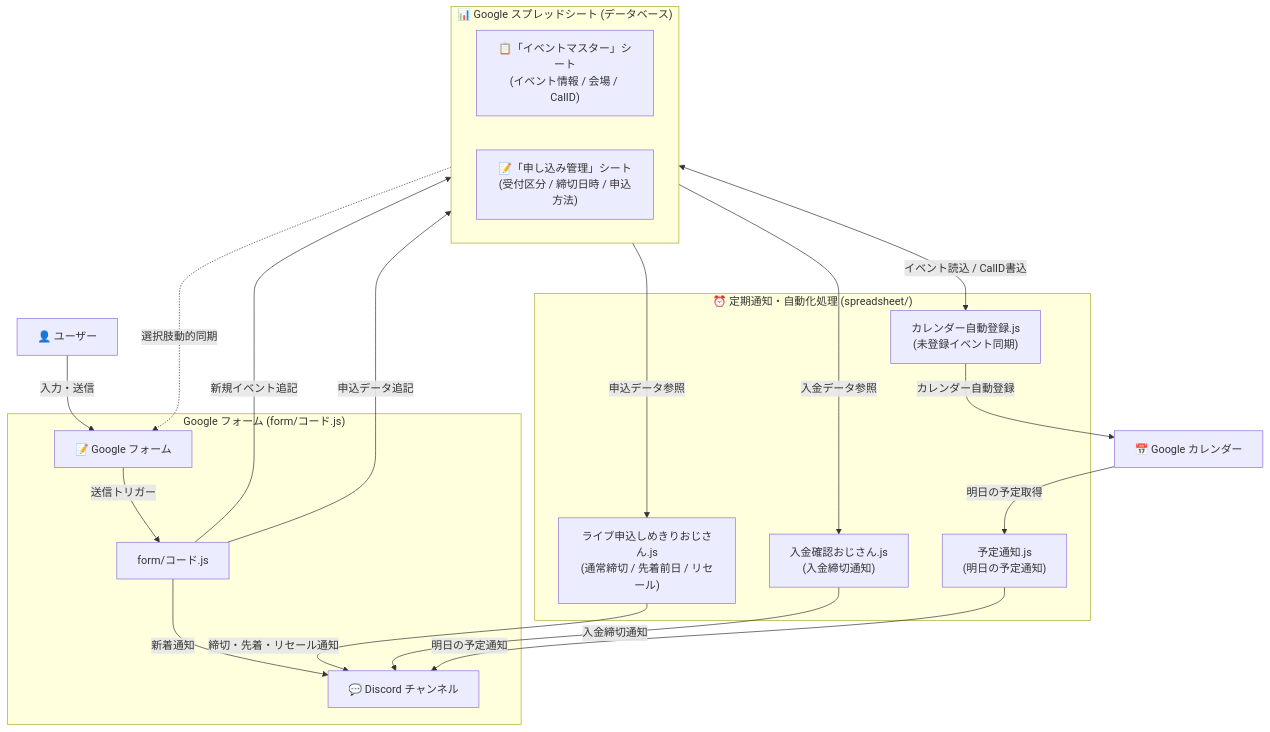
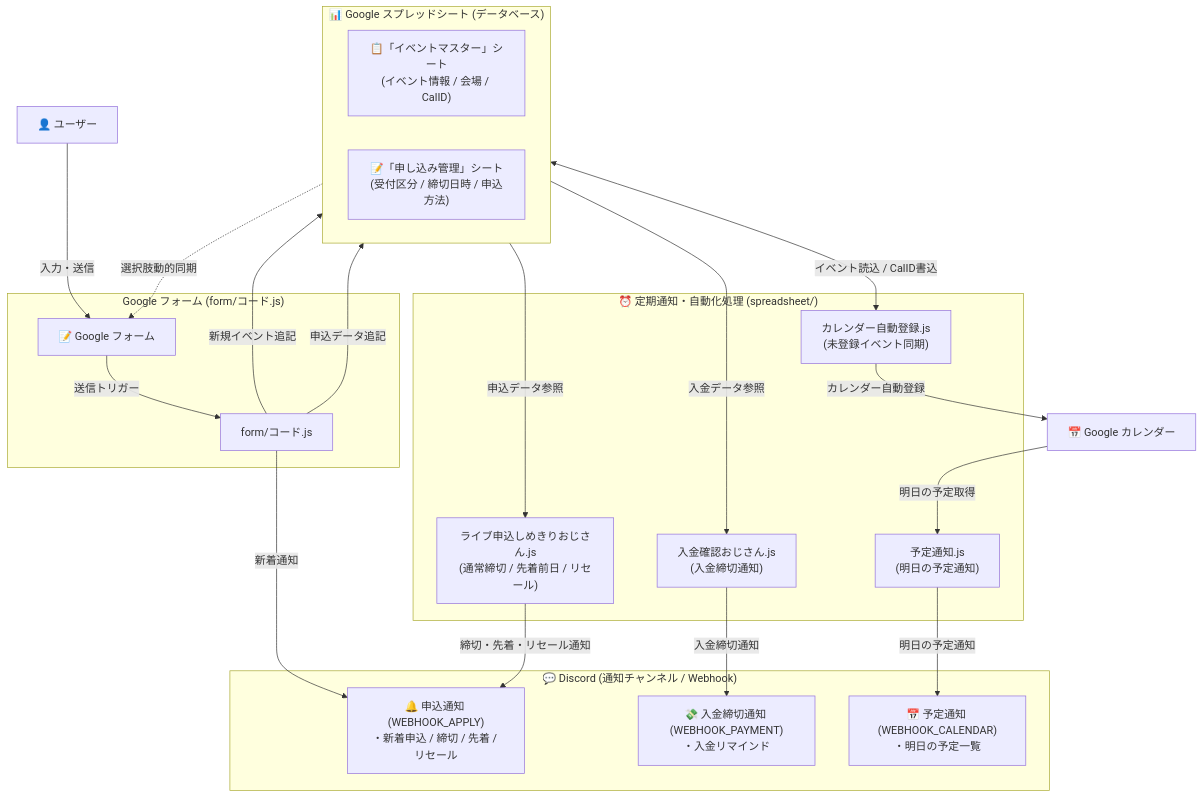
Before and after one commit to miyagey/discord-notifier: the first of 2 diagrams in docs/SYSTEM_SPEC.md, drawn with Mermaid.

Commit message:
docs: Discord通知先をWebhookチャンネル別に分割しデータフロー矢印の視認性を向上

````diff
--- a/docs/SYSTEM_SPEC.md
+++ b/docs/SYSTEM_SPEC.md
@@ -11,37 +11,43 @@
 ```mermaid
 flowchart TD
     User["👤 ユーザー"] -->|入力・送信| Form["📝 Google フォーム"]
     
     subgraph FormTrigger ["Google フォーム (form/コード.js)"]
         Form -->|送信トリガー| GAS_Form["form/コード.js"]
-        GAS_Form -->|新着通知| Discord["💬 Discord チャンネル"]
     end
 
     GAS_Form -->|新規イベント追記| MasterSheet
     GAS_Form -->|申込データ追記| ApplySheet
     MasterSheet -.->|選択肢動的同期| Form
 
     subgraph SpreadsheetDB ["📊 Google スプレッドシート (データベース)"]
         direction LR
         MasterSheet["📋「イベントマスター」シート<br>(イベント情報 / 会場 / CalID)"]
         ApplySheet["📝「申し込み管理」シート<br>(受付区分 / 締切日時 / 申込方法)"]
     end
 
     subgraph BatchSection ["⏰ 定期通知・自動化処理 (spreadsheet/)"]
         RemindApply["ライブ申込しめきりおじさん.js<br>(通常締切 / 先着前日 / リセール)"]
         RemindPay["入金確認おじさん.js<br>(入金締切通知)"]
         SyncCal["カレンダー自動登録.js<br>(未登録イベント同期)"]
         NotifySched["予定通知.js<br>(明日の予定通知)"]
     end
 
     ApplySheet -->|申込データ参照| RemindApply
     ApplySheet -->|入金データ参照| RemindPay
     MasterSheet <-->|イベント読込 / CalID書込| SyncCal
     
     SyncCal -->|カレンダー自動登録| GCal["📅 Google カレンダー"]
     GCal -->|明日の予定取得| NotifySched
 
-    RemindApply -->|締切・先着・リセール通知| Discord
-    RemindPay -->|入金締切通知| Discord
-    NotifySched -->|明日の予定通知| Discord
+    subgraph DiscordServer ["💬 Discord (通知チャンネル / Webhook)"]
+        WebhookApply["🔔 申込通知 (WEBHOOK_APPLY)<br>・新着申込 / 締切 / 先着 / リセール"]
+        WebhookPay["💸 入金締切通知 (WEBHOOK_PAYMENT)<br>・入金リマインド"]
+        WebhookCal["📅 予定通知 (WEBHOOK_CALENDAR)<br>・明日の予定一覧"]
+    end
+
+    GAS_Form -->|新着通知| WebhookApply
+    RemindApply -->|締切・先着・リセール通知| WebhookApply
+    RemindPay -->|入金締切通知| WebhookPay
+    NotifySched -->|明日の予定通知| WebhookCal
 ```
````
